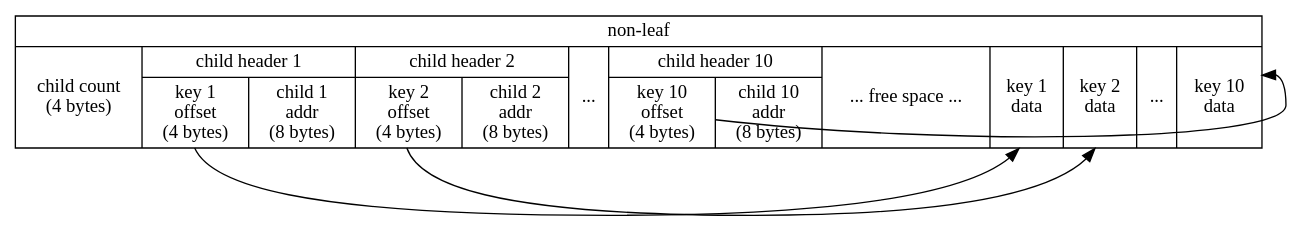
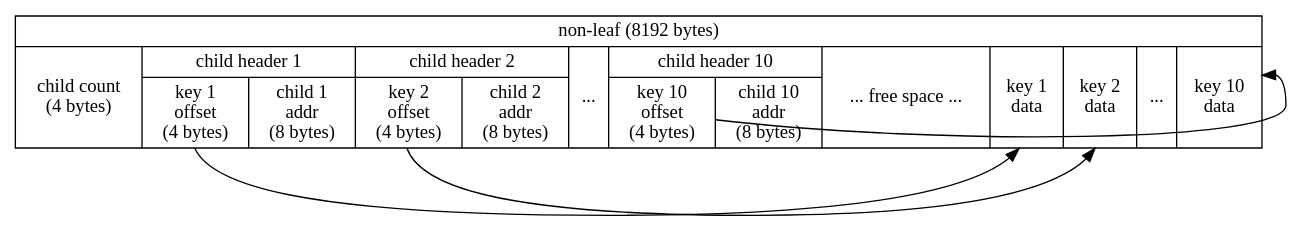
One commit to roy2220/plainkv changed the diagram in docs/bptree_nonleaf_structure.dot. Above: the diagram before and after it, drawn with Graphviz. The commit also changed 6 other files, not shown here.

```diff
--- a/docs/bptree_nonleaf_structure.dot
+++ b/docs/bptree_nonleaf_structure.dot
@@ -1,9 +1,9 @@
 digraph G {
   node [shape = record];
 
-  leaf [label = "{non-leaf|{child count\n(4 bytes)|{child header 1|{<ko1>key 1\noffset\n(4 bytes)|<vo1>child 1\naddr\n(8 bytes)}}|{child header 2|{<ko2>key 2\noffset\n(4 bytes)|<vo2>child 2\naddr\n(8 bytes)}}|...|{child header 10|{<ko10>key 10\noffset\n(4 bytes)|<vo10>child 10\naddr\n(8 bytes)}}|... free space ...|<kd1>key 1\ndata|<kd2>key 2\ndata|...|<kd10>key 10\ndata}}"]
+  leaf [label = "{non-leaf (8192 bytes)|{child count\n(4 bytes)|{child header 1|{<ko1>key 1\noffset\n(4 bytes)|<vo1>child 1\naddr\n(8 bytes)}}|{child header 2|{<ko2>key 2\noffset\n(4 bytes)|<vo2>child 2\naddr\n(8 bytes)}}|...|{child header 10|{<ko10>key 10\noffset\n(4 bytes)|<vo10>child 10\naddr\n(8 bytes)}}|... free space ...|<kd1>key 1\ndata|<kd2>key 2\ndata|...|<kd10>key 10\ndata}}"]
 
   leaf:ko1 -> leaf:kd1
   leaf:ko2 -> leaf:kd2
   leaf:ko10 -> leaf:kd10
 }
```
